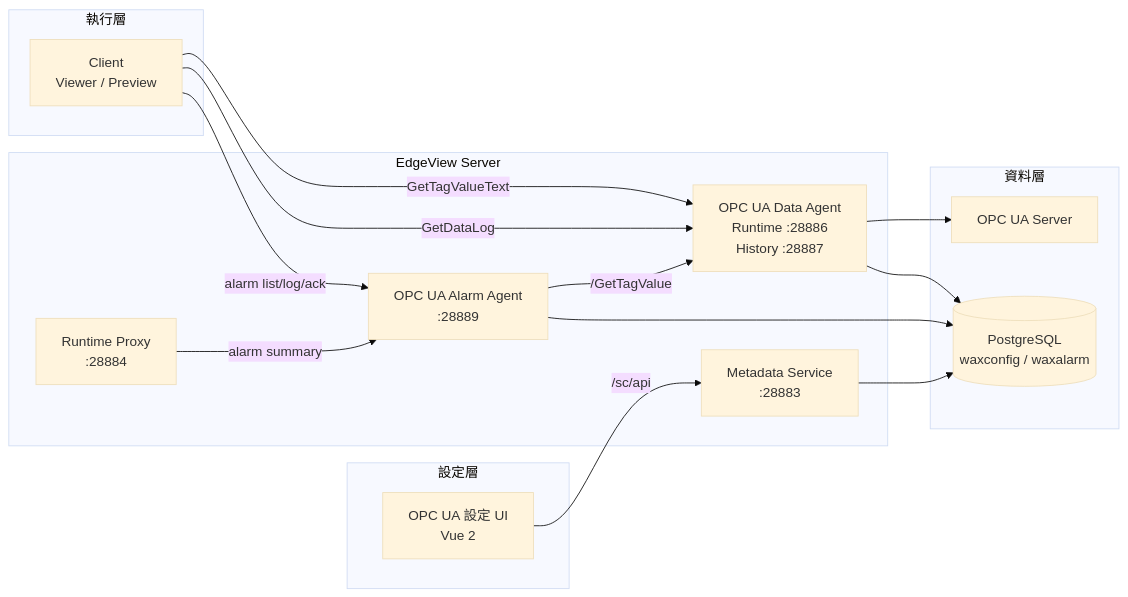
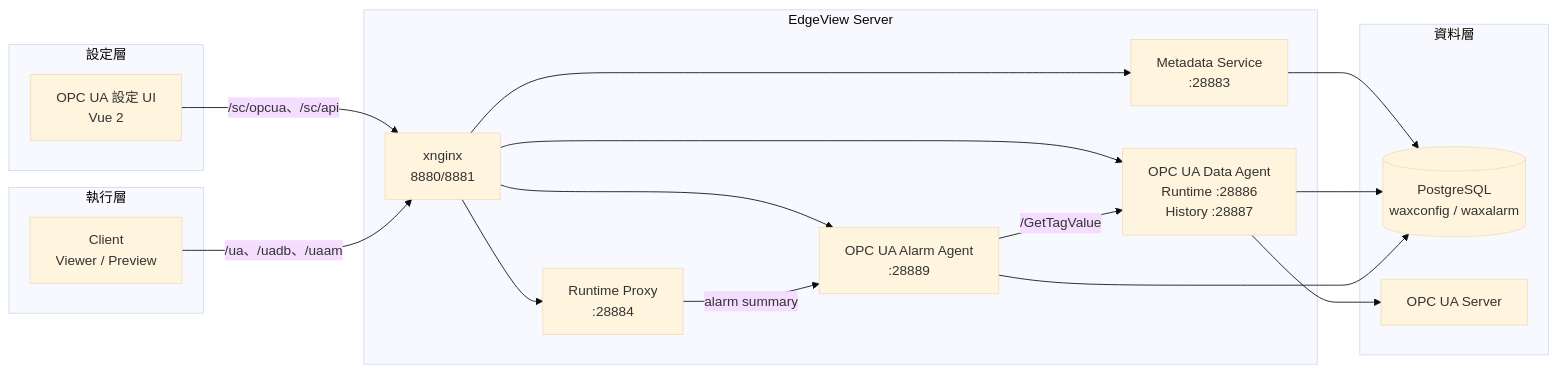
Before and after one commit to PochengChen-del/EdgeViewDoc: the diagram in SRS/07_OPCUA_Subsystem.md, drawn with Mermaid (base theme). The commit also changed other lines of this file and 19 other files, not shown here.

````diff
--- a/SRS/07_OPCUA_Subsystem.md
+++ b/SRS/07_OPCUA_Subsystem.md
@@ -21,30 +21,33 @@
 ```mermaid
 flowchart LR
     subgraph UI["設定層"]
         Vue[OPC UA 設定 UI<br/>Vue 2]
     end
     subgraph EdgeView["EdgeView Server"]
+        NG[xnginx<br/>8880/8881]
         Meta[Metadata Service<br/>:28883]
         Proxy[Runtime Proxy<br/>:28884]
         Agent[OPC UA Data Agent<br/> Runtime :28886<br/>History :28887]
         Alarm[OPC UA Alarm Agent<br/>:28889]
     end
     subgraph Runtime["執行層"]
         Client[Client<br/>Viewer / Preview]
     end
     subgraph Data["資料層"]
         DB[(PostgreSQL<br/>waxconfig / waxalarm)]
         UA[OPC UA Server]
     end
 
-    Vue -->|/sc/api| Meta
+    Vue -->|/sc/opcua、/sc/api| NG
+    Client -->|/ua、/uadb、/uaam| NG
+    NG --> Meta
+    NG --> Proxy
+    NG --> Agent
+    NG --> Alarm
     Meta --> DB
-    Client -->|GetTagValueText| Agent
-    Client -->|GetDataLog| Agent
-    Client -->|alarm list/log/ack| Alarm
     Proxy -->|alarm summary| Alarm
     Alarm -->|/GetTagValue| Agent
     Agent --> UA
     Agent --> DB
     Alarm --> DB
 ```
````
